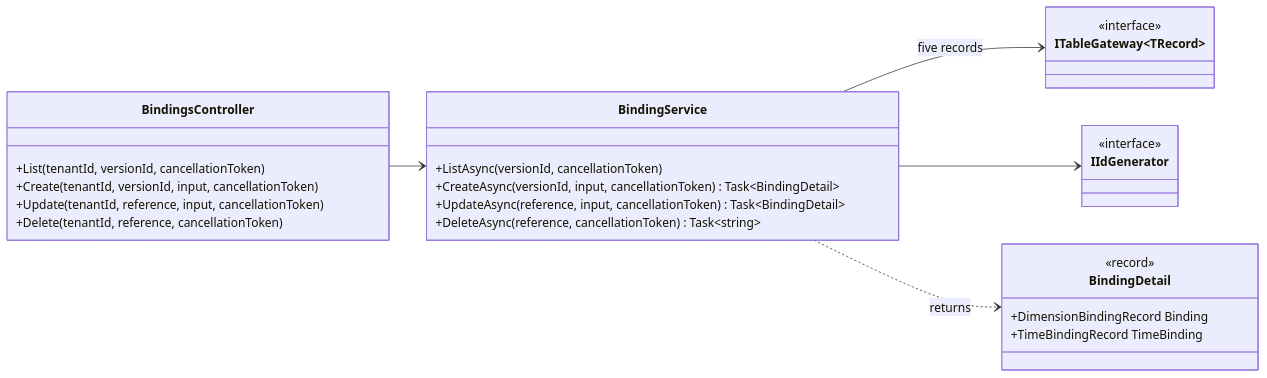
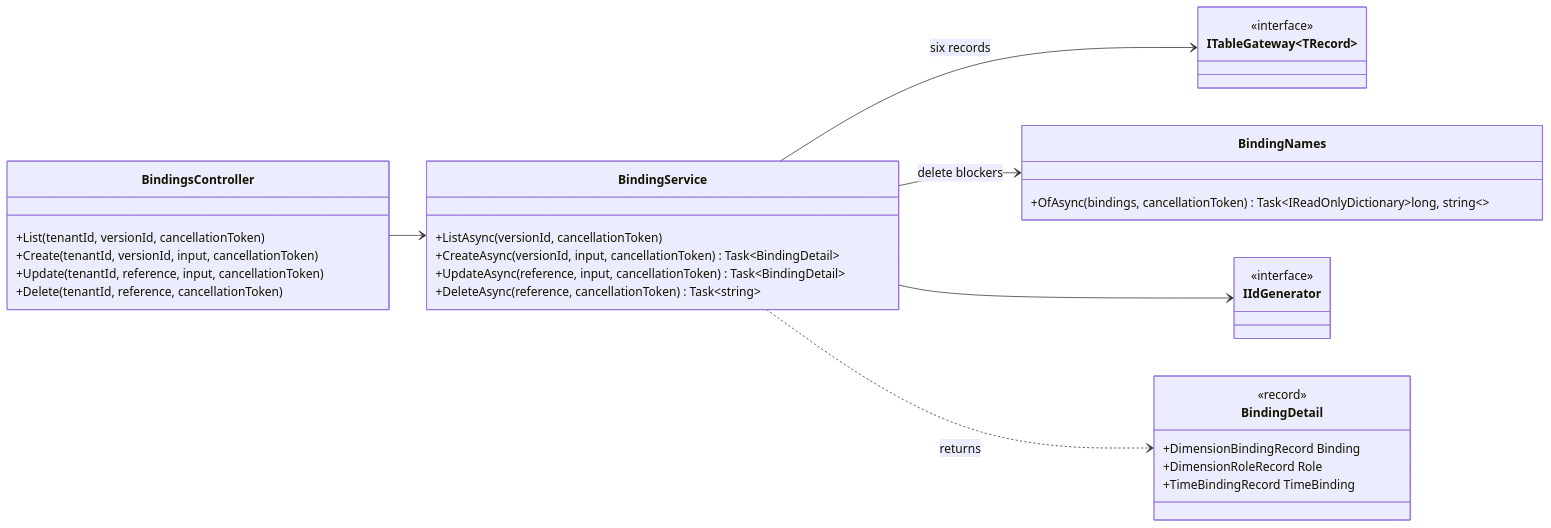
One commit to chrisaliotta/Quantalytix.QueryEngine.Admin changed the fifth of 10 diagrams in api/docs/architecture/05-feature-classes.md. Above: the diagram before and after it, drawn with Mermaid. The commit also changed other lines of this file and 162 other files, not shown here.

First line of the commit message:
feat: enhance API documentation and architecture for dimensions and reports

````diff
--- a/api/docs/architecture/05-feature-classes.md
+++ b/api/docs/architecture/05-feature-classes.md
@@ -397,31 +411,36 @@
 ```mermaid
 classDiagram
     direction LR
     class BindingsController {
         +List(tenantId, versionId, cancellationToken)
         +Create(tenantId, versionId, input, cancellationToken)
         +Update(tenantId, reference, input, cancellationToken)
         +Delete(tenantId, reference, cancellationToken)
     }
     class BindingService {
         +ListAsync(versionId, cancellationToken)
         +CreateAsync(versionId, input, cancellationToken) Task~BindingDetail~
         +UpdateAsync(reference, input, cancellationToken) Task~BindingDetail~
         +DeleteAsync(reference, cancellationToken) Task~string~
     }
     class BindingDetail {
         <<record>>
         +DimensionBindingRecord Binding
+        +DimensionRoleRecord Role
         +TimeBindingRecord TimeBinding
+    }
+    class BindingNames {
+        +OfAsync(bindings, cancellationToken) Task~IReadOnlyDictionary~long, string~~
     }
     class ITableGateway~TRecord~ {
         <<interface>>
     }
     class IIdGenerator {
         <<interface>>
     }
     BindingsController --> BindingService
-    BindingService --> ITableGateway : five records
+    BindingService --> ITableGateway : six records
+    BindingService --> BindingNames : delete blockers
     BindingService --> IIdGenerator
     BindingService ..> BindingDetail : returns
 ```
````
